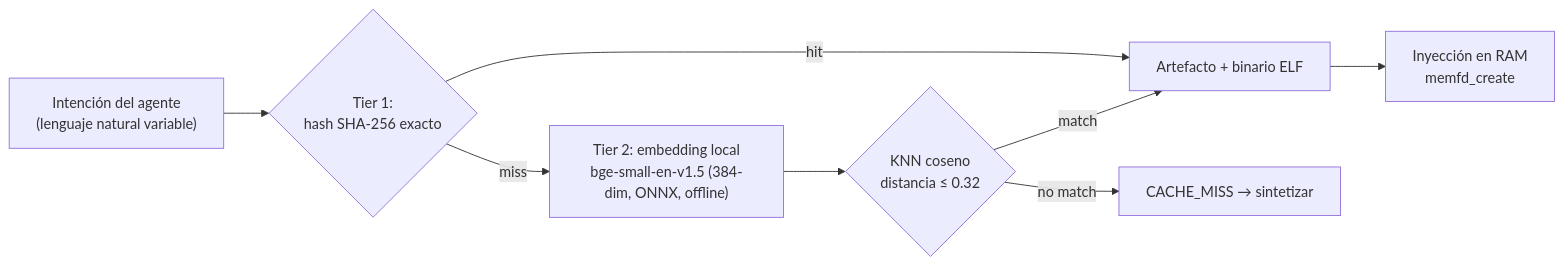
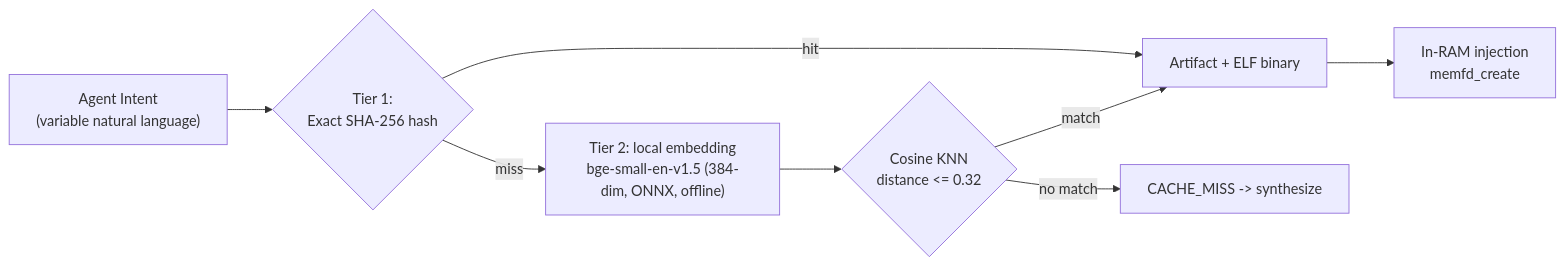
Before and after one commit to ancrz/agent-execution-plane: the sixth of 16 diagrams in README.md, drawn with Mermaid. The commit also changed other lines of this file, not shown here.

Commit message:
docs(readme): translate entire specification to English and fix Mermaid diagram syntax errors

````diff
--- a/README.md
+++ b/README.md
@@ -416,10 +401,10 @@
 ```mermaid
 flowchart LR
-    Q["Intención del agente<br/>(lenguaje natural variable)"] --> T1{"Tier 1:<br/>hash SHA-256 exacto"}
-    T1 -->|hit| R["Artefacto + binario ELF"]
-    T1 -->|miss| T2["Tier 2: embedding local<br/>bge-small-en-v1.5 (384-dim, ONNX, offline)"]
-    T2 --> KNN{"KNN coseno<br/>distancia ≤ 0.32"}
+    Q["Agent Intent<br/>(variable natural language)"] --> T1{"Tier 1:<br/>Exact SHA-256 hash"}
+    T1 -->|hit| R["Artifact + ELF binary"]
+    T1 -->|miss| T2["Tier 2: local embedding<br/>bge-small-en-v1.5 (384-dim, ONNX, offline)"]
+    T2 --> KNN{"Cosine KNN<br/>distance <= 0.32"}
     KNN -->|match| R
-    KNN -->|no match| Miss["CACHE_MISS → sintetizar"]
-    R --> RAM["Inyección en RAM<br/>memfd_create"]
+    KNN -->|no match| Miss["CACHE_MISS -> synthesize"]
+    R --> RAM["In-RAM injection<br/>memfd_create"]
 ```
````
